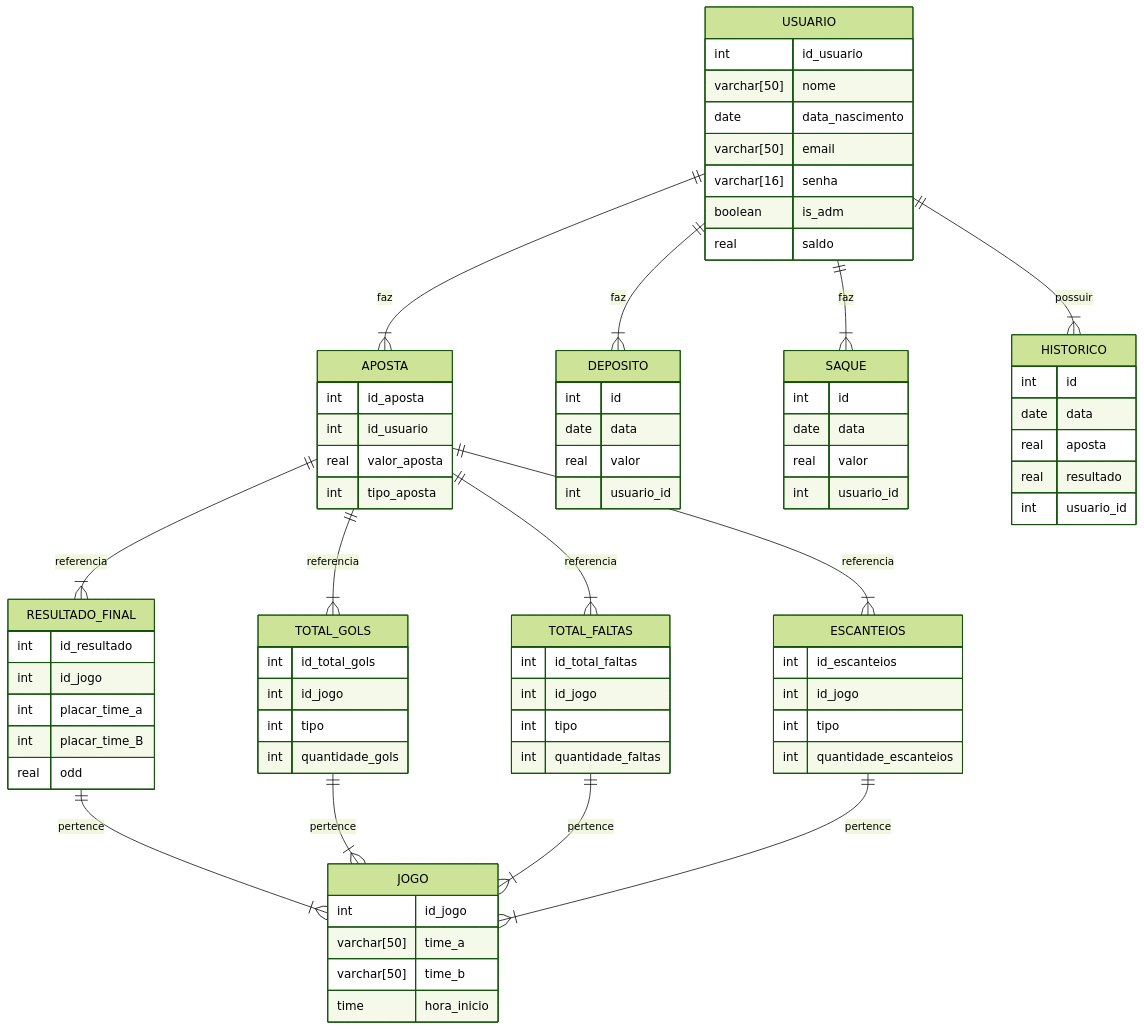
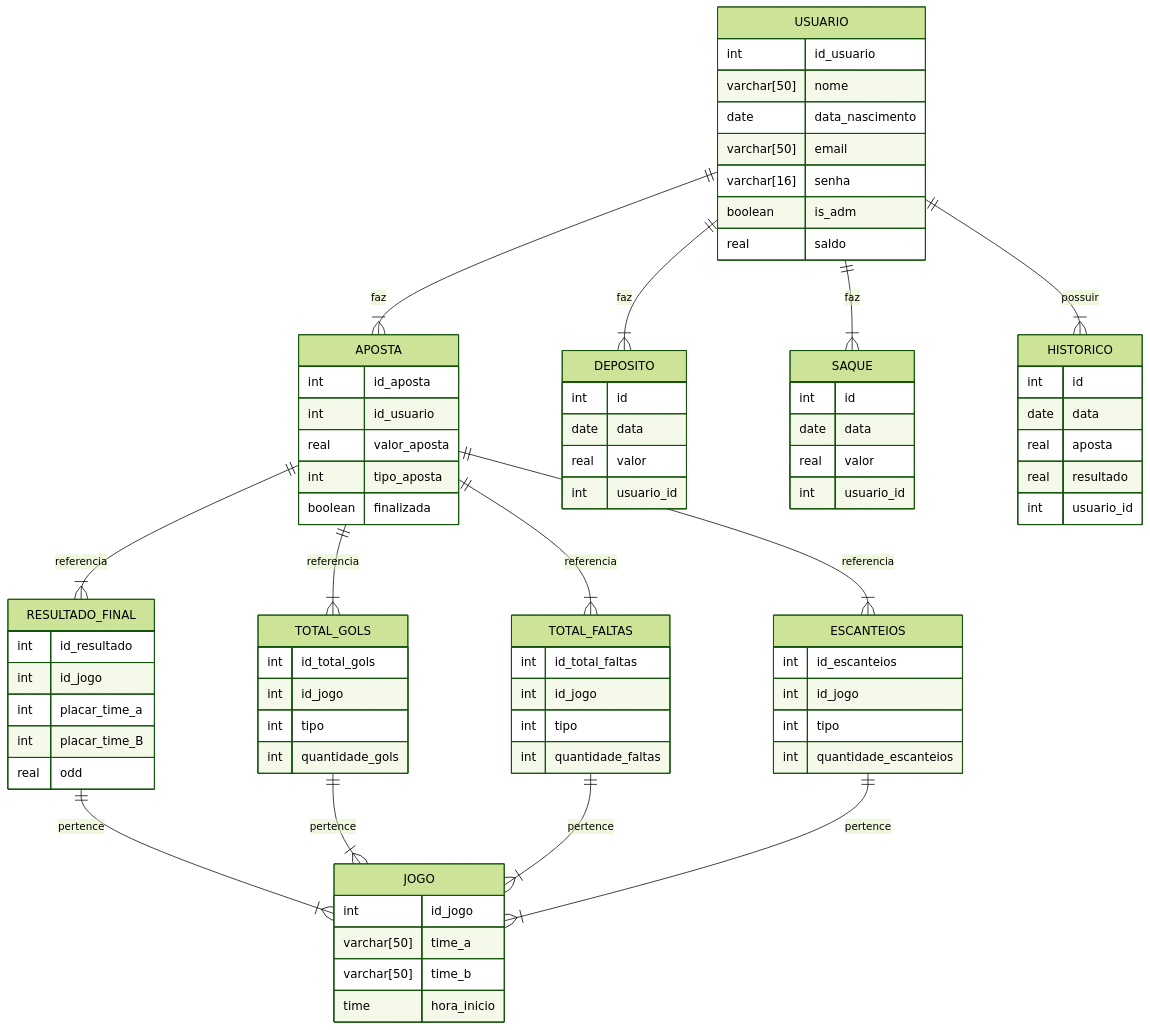
Before and after one commit to desenvolvimento-web-unifil/02-documentacao-nbg: the diagram in docs/der/readmeDER.md, drawn with Mermaid (forest theme).

Commit message:
Ajuste no DER

```diff
--- a/docs/der/readmeDER.md
+++ b/docs/der/readmeDER.md
@@ -28,6 +28,7 @@
     int id_usuario
     real valor_aposta
     int tipo_aposta
+    boolean finalizada
 }
 
 HISTORICO {
```
